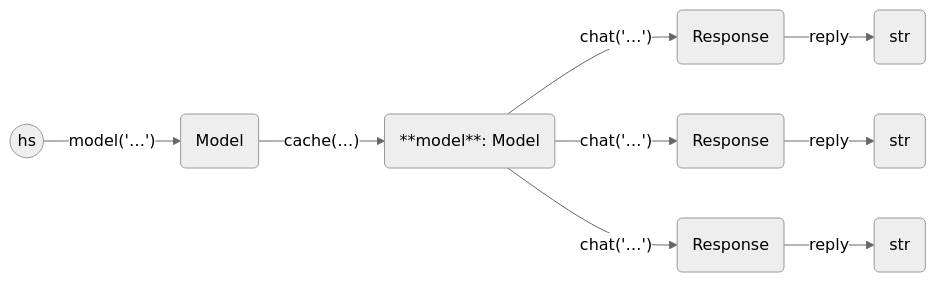
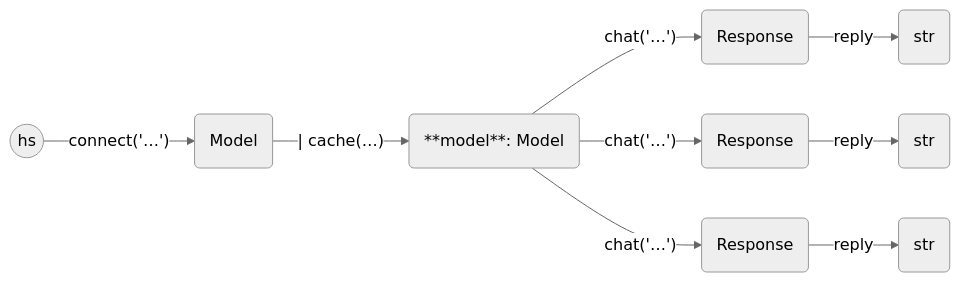
The diagram in examples/cache/README.md (andygill/haverscript), drawn with Mermaid (neutral theme) before and after one commit. The commit also changed other lines of this file and 14 other files, not shown here.

````diff
--- a/examples/cache/README.md
+++ b/examples/cache/README.md
@@ -69,24 +69,24 @@
 ```mermaid
 graph LR
 
     start((hs))
     m0(Model)
     m1(**model**: Model)
     r0(Response)
     str0(str)
     r1(Response)
     str1(str)
     r2(Response)
     str2(str)
 
 
-    start -- model('…') --> m0
-    m0 -- cache(…) --> m1
+    start -- connect('…') --> m0
+    m0 -- | cache(…) --> m1
     m1 -- chat('…') --> r0
     r0 -- reply --> str0
     m1 -- chat('…') --> r1
     r1 -- reply --> str1
     m1 -- chat('…') --> r2
     r2 -- reply --> str2
 
 ```
````
